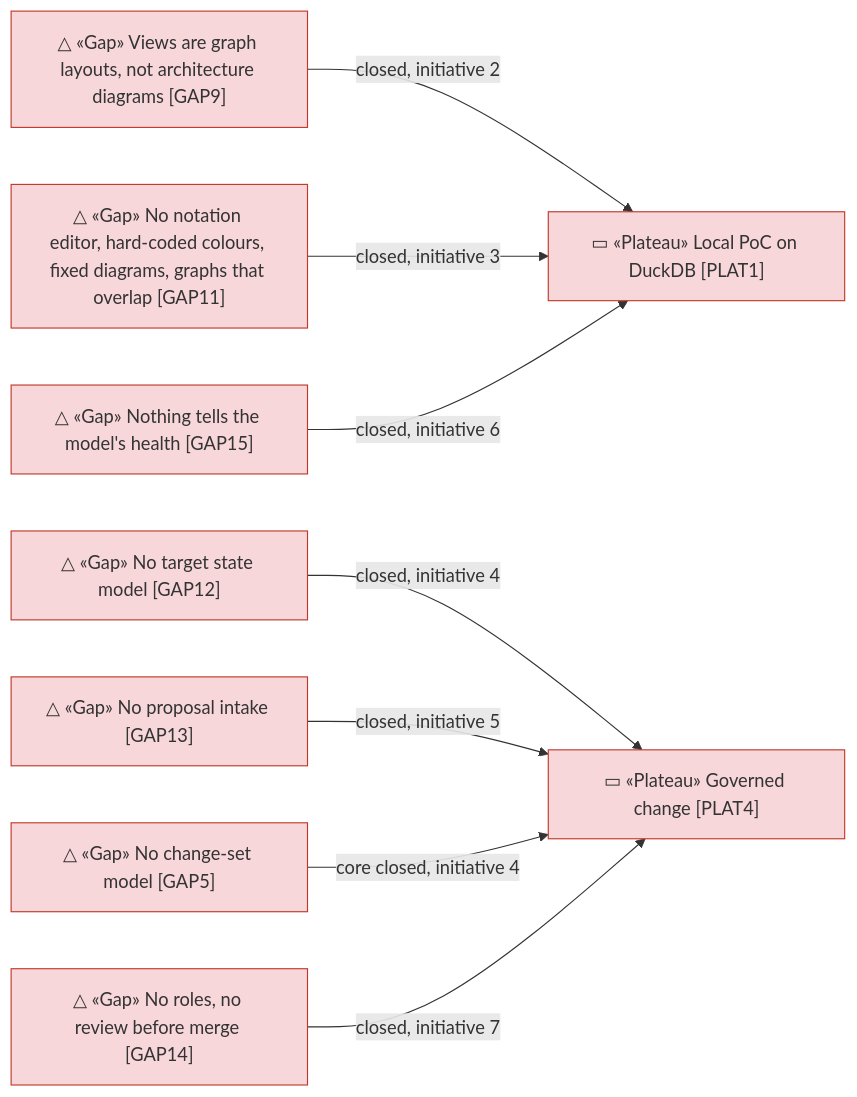
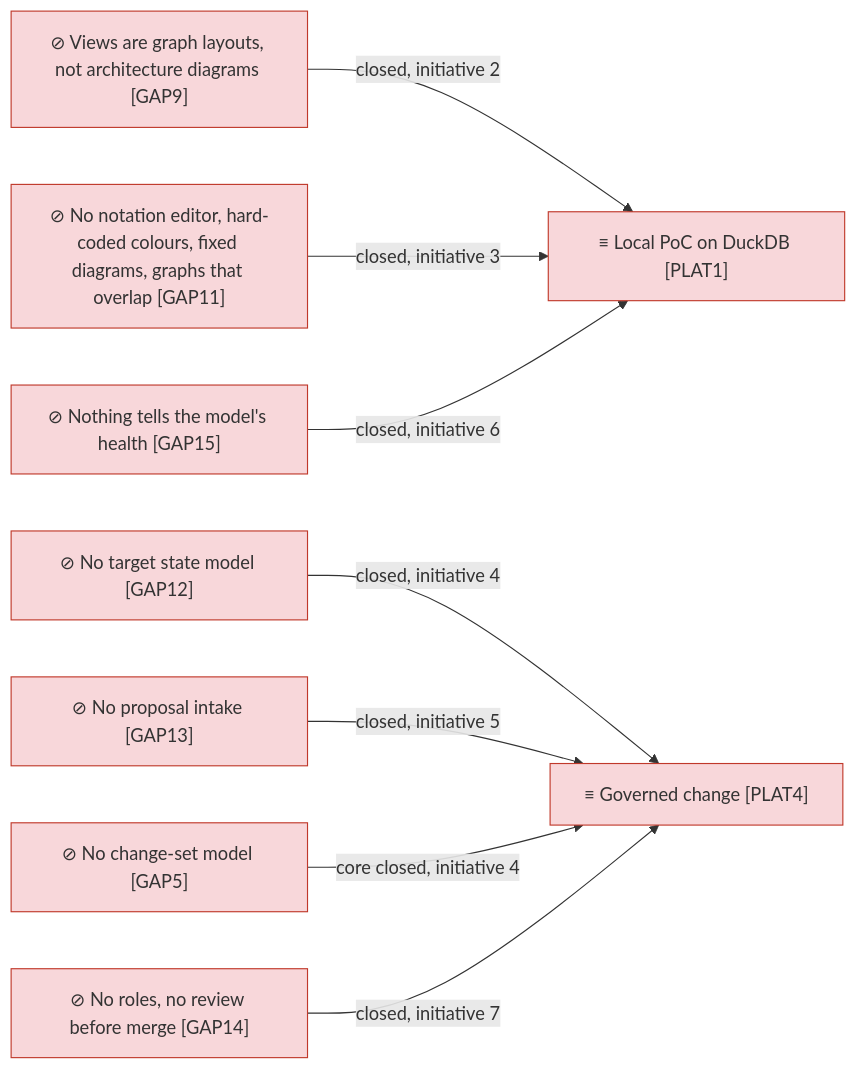
The fourth of 4 diagrams in architecture/6_transition/1_target-state.md (bocanegratqut/dbx-enterprise-architecture), drawn with Mermaid before and after one commit. The commit also changed other lines of this file and 25 other files, not shown here.

````diff
--- a/architecture/6_transition/1_target-state.md
+++ b/architecture/6_transition/1_target-state.md
@@ -33,21 +97,21 @@
 ```mermaid
 flowchart LR
-  p1["▭ «Plateau» Local PoC on DuckDB [PLAT1]"]:::implementation
-  p4["▭ «Plateau» Governed change [PLAT4]"]:::implementation
-  g9["△ «Gap» Views are graph layouts, not architecture diagrams [GAP9]"]:::implementation
-  g11["△ «Gap» No notation editor, hard-coded colours, fixed diagrams, graphs that overlap [GAP11]"]:::implementation
-  g5["△ «Gap» No change-set model [GAP5]"]:::implementation
-  g12["△ «Gap» No target state model [GAP12]"]:::implementation
-  g13["△ «Gap» No proposal intake [GAP13]"]:::implementation
-  g14["△ «Gap» No roles, no review before merge [GAP14]"]:::implementation
-  g15["△ «Gap» Nothing tells the model's health [GAP15]"]:::implementation
+  p1["≡ Local PoC on DuckDB [PLAT1]"]:::implementation
+  p4["≡ Governed change [PLAT4]"]:::implementation
+  g9["⊘ Views are graph layouts, not architecture diagrams [GAP9]"]:::implementation
+  g11["⊘ No notation editor, hard-coded colours, fixed diagrams, graphs that overlap [GAP11]"]:::implementation
+  g5["⊘ No change-set model [GAP5]"]:::implementation
+  g12["⊘ No target state model [GAP12]"]:::implementation
+  g13["⊘ No proposal intake [GAP13]"]:::implementation
+  g14["⊘ No roles, no review before merge [GAP14]"]:::implementation
+  g15["⊘ Nothing tells the model's health [GAP15]"]:::implementation
   g9 -->|closed, initiative 2| p1
   g11 -->|closed, initiative 3| p1
   g12 -->|closed, initiative 4| p4
   g13 -->|closed, initiative 5| p4
   g5 -->|core closed, initiative 4| p4
   g14 -->|closed, initiative 7| p4
   g15 -->|closed, initiative 6| p1
 
   classDef implementation fill:#f8d7da,stroke:#c0392b,color:#333
 ```
````
